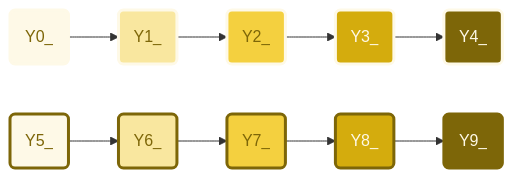
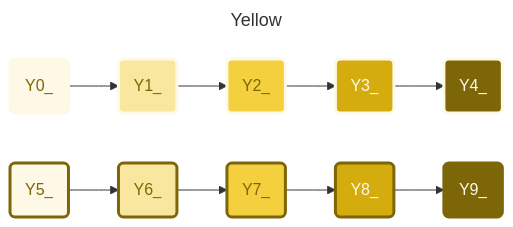
The fifth of 8 diagrams in profile/mermaid/mermaid-colors.md (APrettyCoolProgram/aprettycoolprogram), drawn with Mermaid before and after one commit. The commit also changed other lines of this file, not shown here.

````diff
--- a/profile/mermaid/mermaid-colors.md
+++ b/profile/mermaid/mermaid-colors.md
@@ -185,28 +185,31 @@
 ```mermaid
+---
+title: Yellow
+---
 flowchart LR
   %% Components
   Y0@{shape: rounded, label: "Y0_"}
   Y1@{shape: rounded, label: "Y1_"}
   Y2@{shape: rounded, label: "Y2_"}
   Y3@{shape: rounded, label: "Y3_"}
   Y4@{shape: rounded, label: "Y4_"}
   Y5@{shape: rounded, label: "Y5_"}
   Y6@{shape: rounded, label: "Y6_"}
   Y7@{shape: rounded, label: "Y7_"}
   Y8@{shape: rounded, label: "Y8_"}
   Y9@{shape: rounded, label: "Y9_"}
   %% Layout
   Y0:::Y0_ --> Y1:::Y1_ --> Y2:::Y2_ --> Y3:::Y3_ --> Y4:::Y4_
   Y5:::Y5_ --> Y6:::Y6_ --> Y7:::Y7_ --> Y8:::Y8_ --> Y9:::Y9_ 
   %% Styles
   classDef Y0_ stroke:#fef9e7,stroke-width:3px,fill:#fef9e7,color:#7d6608
   classDef Y1_ stroke:#fef9e7,stroke-width:3px,fill:#f9e79f,color:#7d6608
   classDef Y2_ stroke:#fef9e7,stroke-width:3px,fill:#f4d03f,color:#7d6608
   classDef Y3_ stroke:#fef9e7,stroke-width:3px,fill:#d4ac0d,color:#fef9e7
   classDef Y4_ stroke:#fef9e7,stroke-width:3px,fill:#7d6608,color:#fef9e7
   classDef Y5_ stroke:#7d6608,stroke-width:3px,fill:#fef9e7,color:#7d6608
   classDef Y6_ stroke:#7d6608,stroke-width:3px,fill:#f9e79f,color:#7d6608
   classDef Y7_ stroke:#7d6608,stroke-width:3px,fill:#f4d03f,color:#7d6608
   classDef Y8_ stroke:#7d6608,stroke-width:3px,fill:#d4ac0d,color:#fef9e7
   classDef Y9_ stroke:#7d6608,stroke-width:3px,fill:#7d6608,color:#fef9e7
 ```
````
